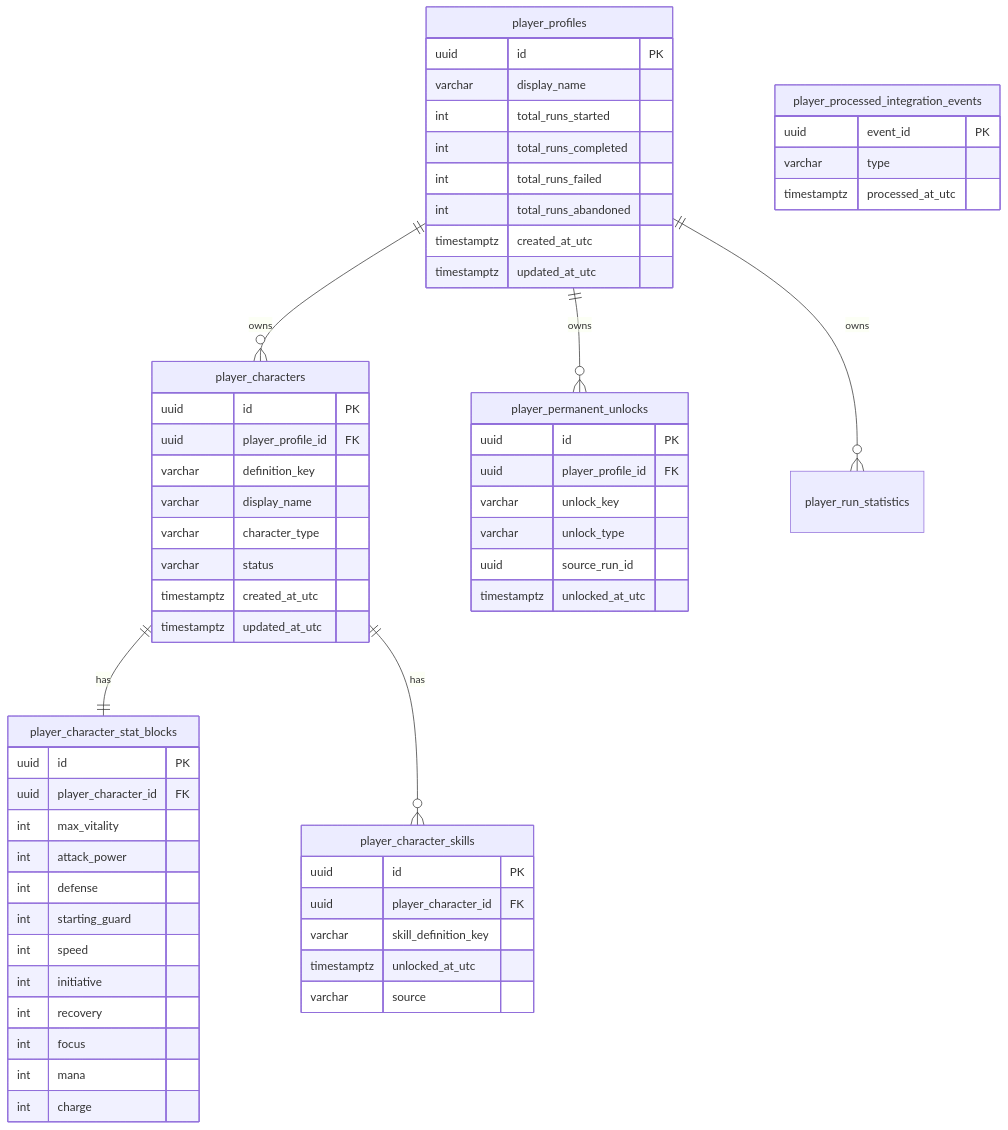
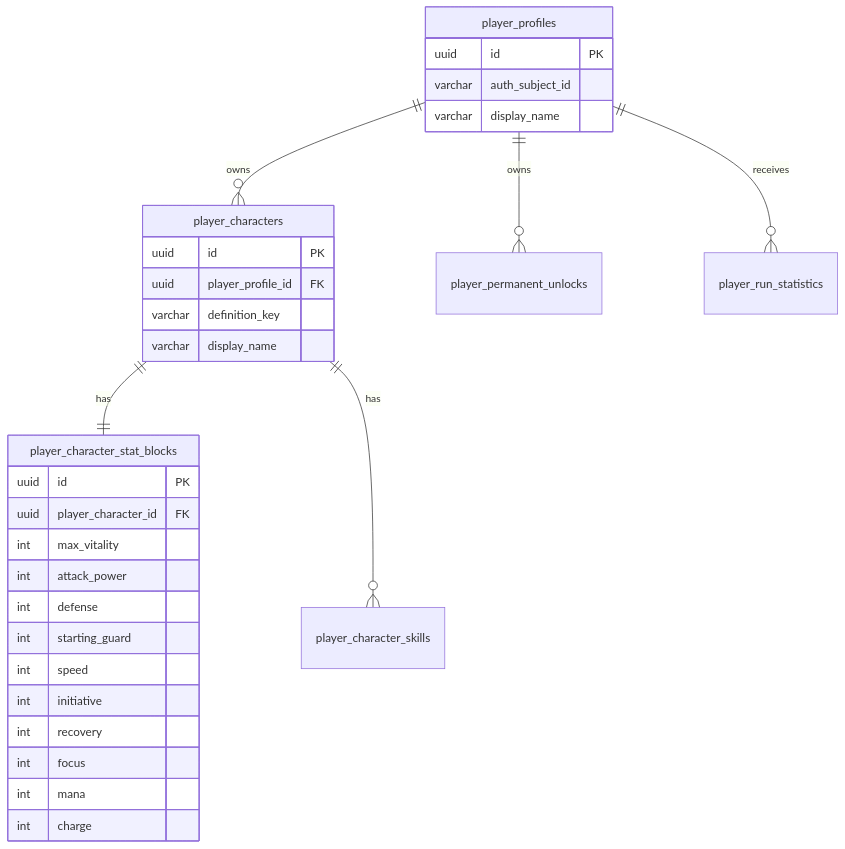
Before and after one commit to ThomasZadikian/lepopee-des-silences: the diagram in docs/data-model/05-player-relational-schema.md, drawn with Mermaid. The commit also changed other lines of this file and 12 other files, not shown here.

````diff
--- a/docs/data-model/05-player-relational-schema.md
+++ b/docs/data-model/05-player-relational-schema.md
@@ -192,68 +141,36 @@
 ```mermaid
 erDiagram
     player_profiles ||--o{ player_characters : "owns"
     player_profiles ||--o{ player_permanent_unlocks : "owns"
-    player_profiles ||--o{ player_run_statistics : "owns"
+    player_profiles ||--o{ player_run_statistics : "receives"
     player_characters ||--|| player_character_stat_blocks : "has"
     player_characters ||--o{ player_character_skills : "has"
 
     player_profiles {
         uuid id PK
+        varchar auth_subject_id
         varchar display_name
-        int total_runs_started
-        int total_runs_completed
-        int total_runs_failed
-        int total_runs_abandoned
-        timestamptz created_at_utc
-        timestamptz updated_at_utc
     }
 
     player_characters {
         uuid id PK
         uuid player_profile_id FK
         varchar definition_key
         varchar display_name
-        varchar character_type
-        varchar status
-        timestamptz created_at_utc
-        timestamptz updated_at_utc
     }
 
     player_character_stat_blocks {
         uuid id PK
         uuid player_character_id FK
         int max_vitality
         int attack_power
         int defense
         int starting_guard
         int speed
         int initiative
         int recovery
         int focus
         int mana
         int charge
     }
-
-    player_character_skills {
-        uuid id PK
-        uuid player_character_id FK
-        varchar skill_definition_key
-        timestamptz unlocked_at_utc
-        varchar source
-    }
-
-    player_permanent_unlocks {
-        uuid id PK
-        uuid player_profile_id FK
-        varchar unlock_key
-        varchar unlock_type
-        uuid source_run_id
-        timestamptz unlocked_at_utc
-    }
-
-    player_processed_integration_events {
-        uuid event_id PK
-        varchar type
-        timestamptz processed_at_utc
-    }
 ```
````
